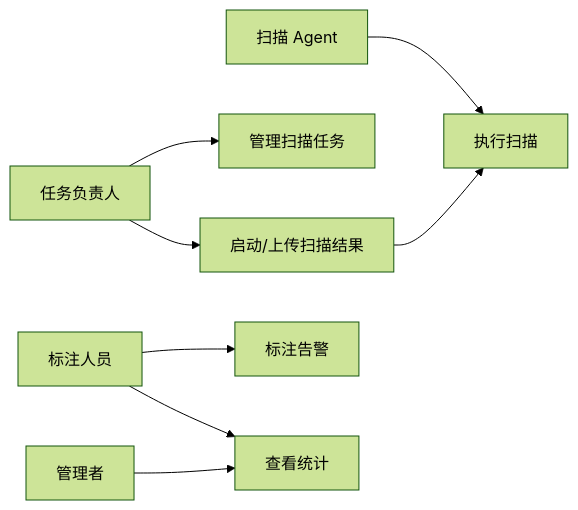
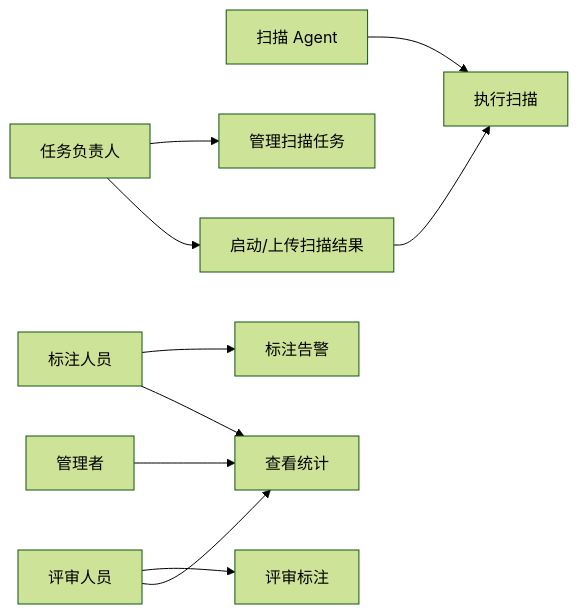
The second of 6 diagrams in 设计文档.md (BeaconLin/aiRepoScan-hw), drawn with Mermaid (forest theme) before and after one commit. The commit also changed other lines of this file and 11 other files, not shown here.

````diff
--- a/设计文档.md
+++ b/设计文档.md
@@ -147,20 +151,24 @@
 ```mermaid
 flowchart LR
     Owner["任务负责人"]
     Annotator["标注人员"]
+    Reviewer["评审人员"]
     Manager["管理者"]
     Agent["扫描 Agent"]
 
     UC1["管理扫描任务"]
     UC2["启动/上传扫描结果"]
     UC3["标注告警"]
+    UC6["评审标注"]
     UC4["查看统计"]
     UC5["执行扫描"]
 
     Owner --> UC1 & UC2
     Annotator --> UC3
+    Reviewer --> UC6
     Manager --> UC4
     Annotator --> UC4
+    Reviewer --> UC4
     Agent --> UC5
     UC2 --> UC5
 ```
````
